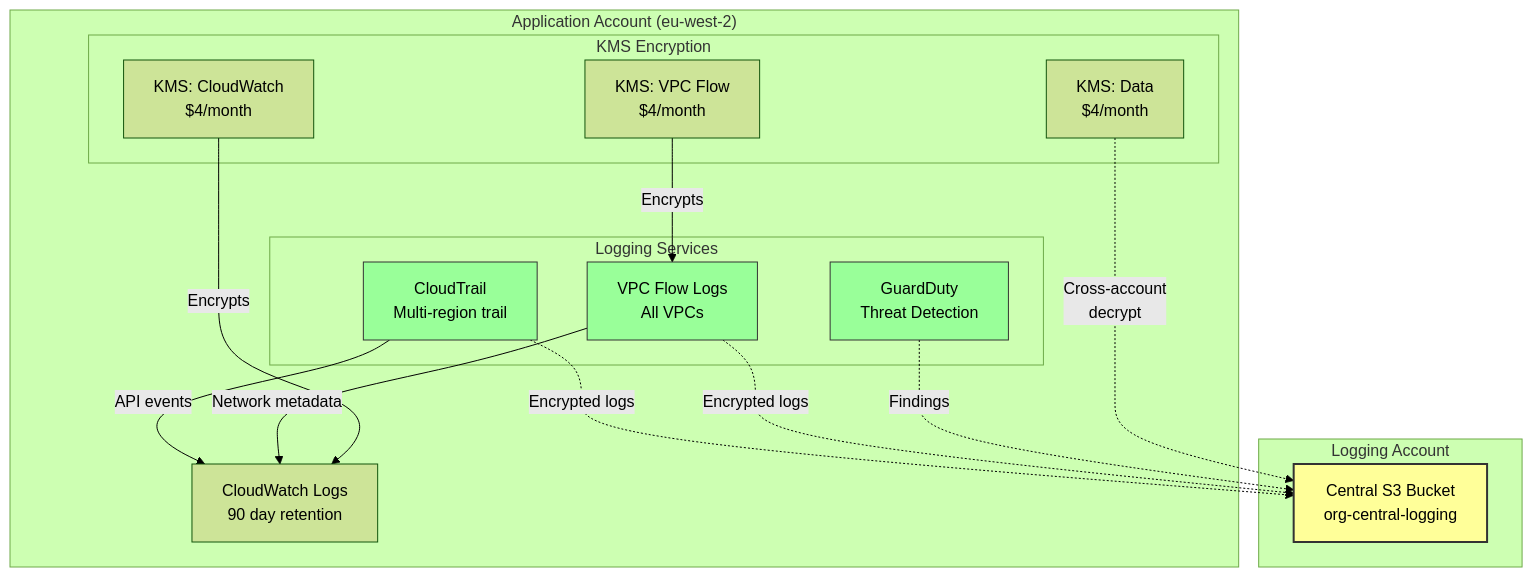
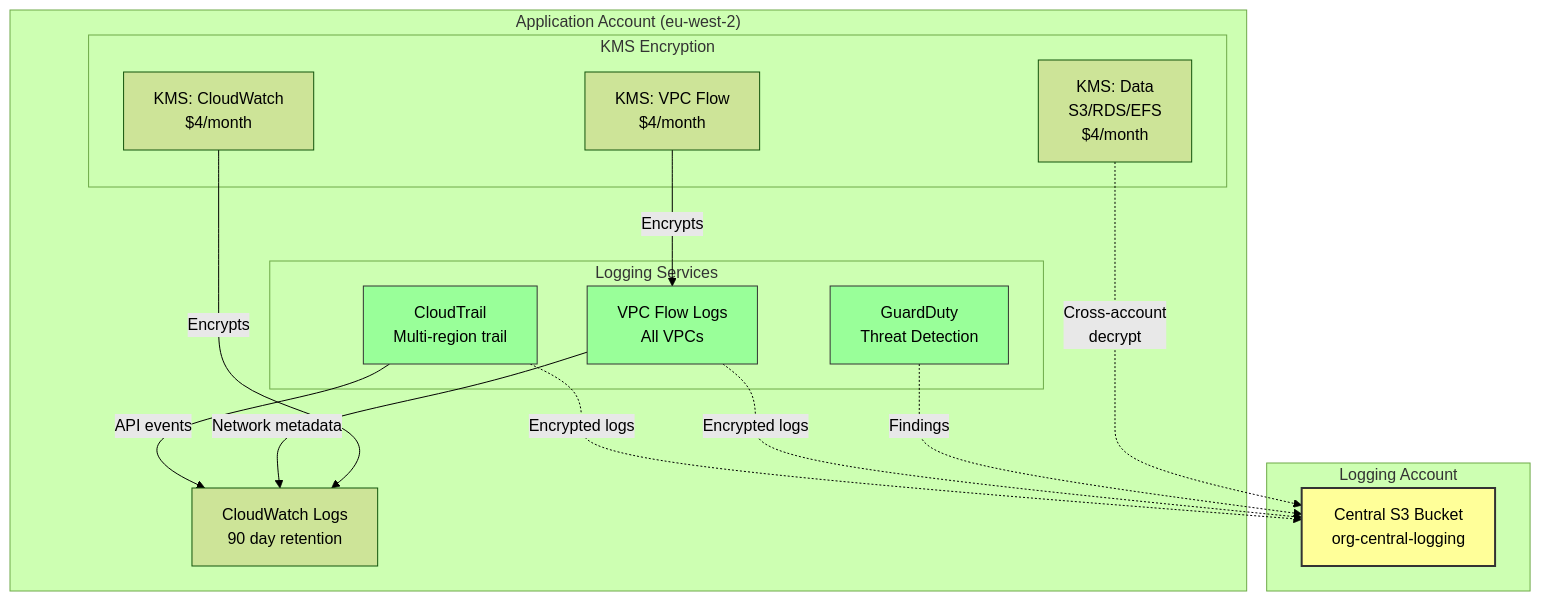
One commit to Finlay-Wright/aws-secure-landing-zone changed the first of 2 diagrams in REPORT.md. Above: the diagram before and after it, drawn with Mermaid (forest theme). The commit also changed other lines of this file and 20 other files, not shown here.

````diff
--- a/REPORT.md
+++ b/REPORT.md
@@ -25,39 +25,39 @@
 ```mermaid
 graph TB
     subgraph "Application Account (eu-west-2)"
         subgraph "Logging Services"
             CT[CloudTrail<br/>Multi-region trail]
             VPC[VPC Flow Logs<br/>All VPCs]
             GD[GuardDuty<br/>Threat Detection]
         end
         
         subgraph "KMS Encryption"
             KMS_CW[KMS: CloudWatch<br/>$4/month]
             KMS_VPC[KMS: VPC Flow<br/>$4/month]
-            KMS_DATA[KMS: Data<br/>$4/month]
+            KMS_DATA[KMS: Data<br/>S3/RDS/EFS<br/>$4/month]
         end
         
         CW[CloudWatch Logs<br/>90 day retention]
     end
     
     subgraph "Logging Account"
         S3[Central S3 Bucket<br/>org-central-logging]
     end
     
     CT -->|API events| CW
     VPC -->|Network metadata| CW
     
     KMS_CW -->|Encrypts| CW
     KMS_VPC -->|Encrypts| VPC
     
     CT -.->|Encrypted logs| S3
     VPC -.->|Encrypted logs| S3
     GD -.->|Findings| S3
     
     KMS_DATA -.->|Cross-account<br/>decrypt| S3
     
     style S3 fill:#ff9,stroke:#333,stroke-width:2px
     style CT fill:#9f9,stroke:#333
     style VPC fill:#9f9,stroke:#333
     style GD fill:#9f9,stroke:#333
 ```
````
